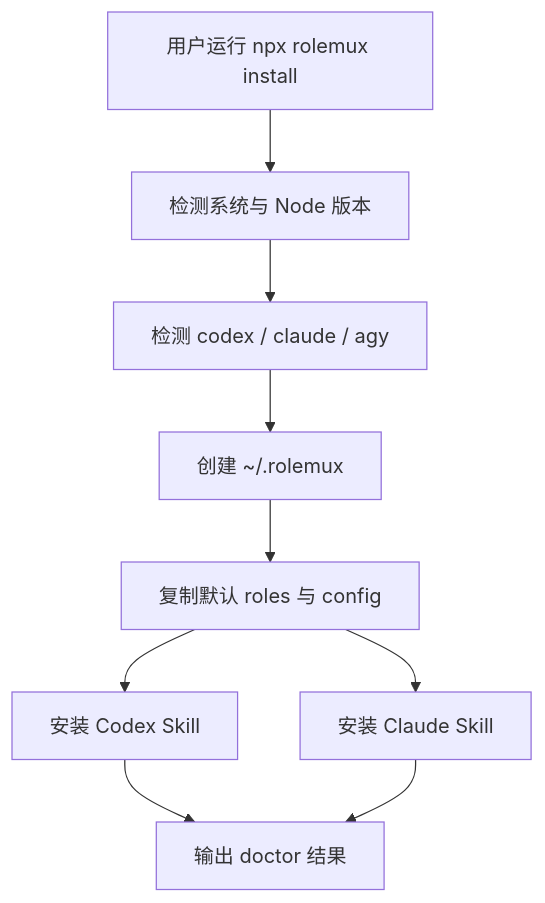
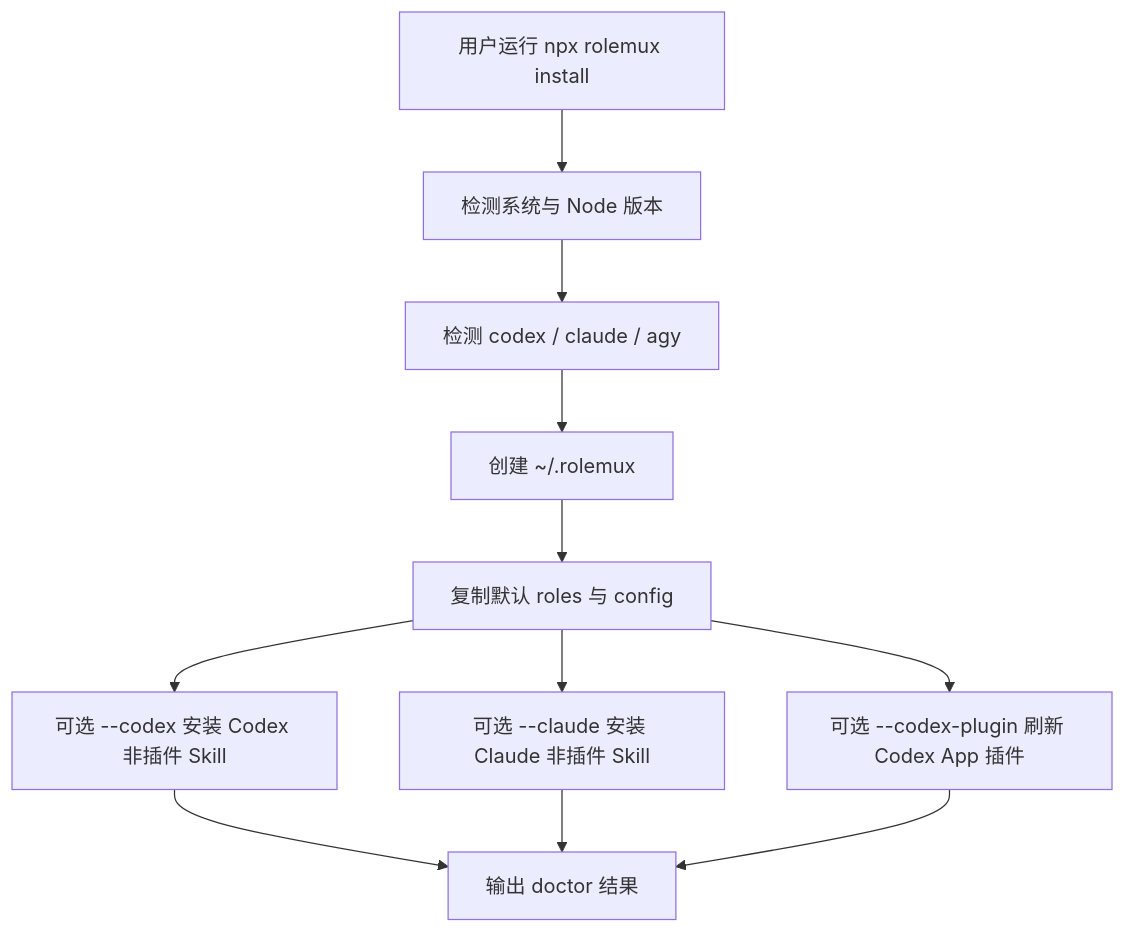
One commit to immortalbeating2/rolemux changed the first of 3 diagrams in spec/rolemux-development-spec.md. Above: the diagram before and after it, drawn with Mermaid. The commit also changed other lines of this file and 16 other files, not shown here.

````diff
--- a/spec/rolemux-development-spec.md
+++ b/spec/rolemux-development-spec.md
@@ -273,11 +285,13 @@
 ```mermaid
 flowchart TD
   A["用户运行 npx rolemux install"] --> B["检测系统与 Node 版本"]
   B --> C["检测 codex / claude / agy"]
   C --> D["创建 ~/.rolemux"]
   D --> E["复制默认 roles 与 config"]
-  E --> F["安装 Codex Skill"]
-  E --> G["安装 Claude Skill"]
+  E --> F["可选 --codex 安装 Codex 非插件 Skill"]
+  E --> G["可选 --claude 安装 Claude 非插件 Skill"]
+  E --> P["可选 --codex-plugin 刷新 Codex App 插件"]
   F --> H["输出 doctor 结果"]
   G --> H
+  P --> H
 ```
````
